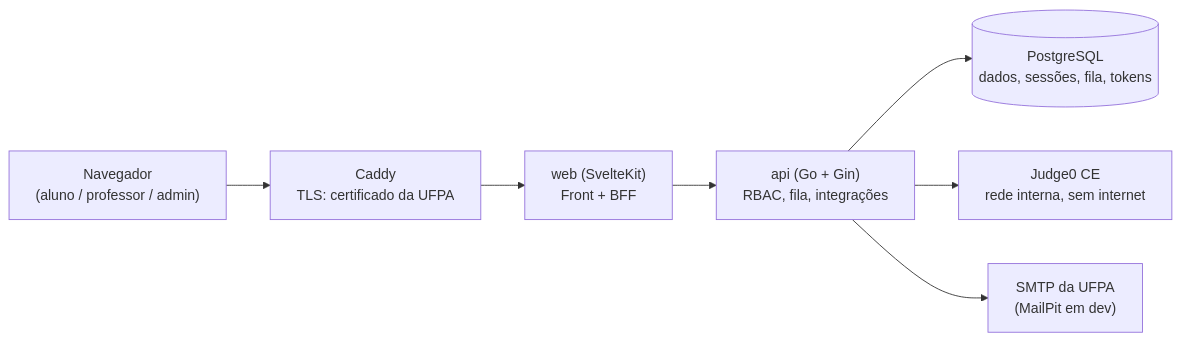
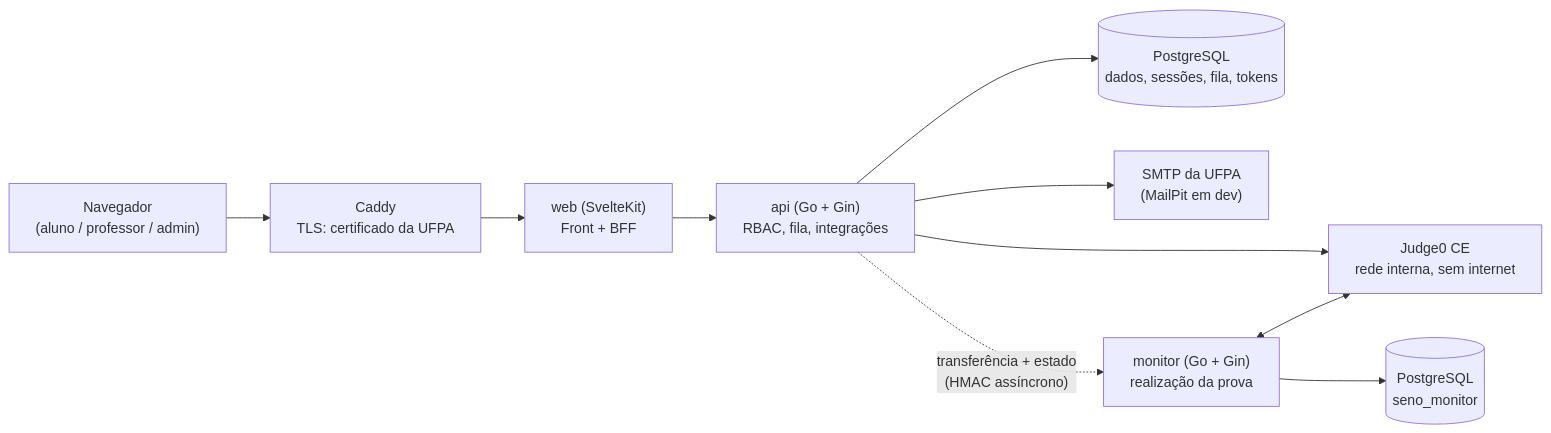
One commit to DharioNewbery/Seno changed the first of 4 diagrams in docs/ARQUITETURA.md. Above: the diagram before and after it, drawn with Mermaid. The commit also changed other lines of this file and 17 other files, not shown here.

````diff
--- a/docs/ARQUITETURA.md
+++ b/docs/ARQUITETURA.md
@@ -11,9 +11,12 @@
 ```mermaid
 flowchart LR
     B["Navegador<br/>(aluno / professor / admin)"] --> C["Caddy<br/>TLS: certificado da UFPA"]
     C -->     W["web (SvelteKit)<br/>Front + BFF"]
     W -->     A["api (Go + Gin)<br/>RBAC, fila, integrações"]
     A --> D[("PostgreSQL<br/>dados, sessões, fila, tokens")]
     A --> J["Judge0 CE<br/>rede interna, sem internet"]
-    A --> M["SMTP da UFPA<br/>(MailPit em dev)"]
+    A --> S["SMTP da UFPA<br/>(MailPit em dev)"]
+    A -. "transferência + estado<br/>(HMAC assíncrono)" .-> mon["monitor (Go + Gin)<br/>realização da prova"]
+    mon --> M[("PostgreSQL<br/>seno_monitor")]
+    mon <--> J
 ```
````
